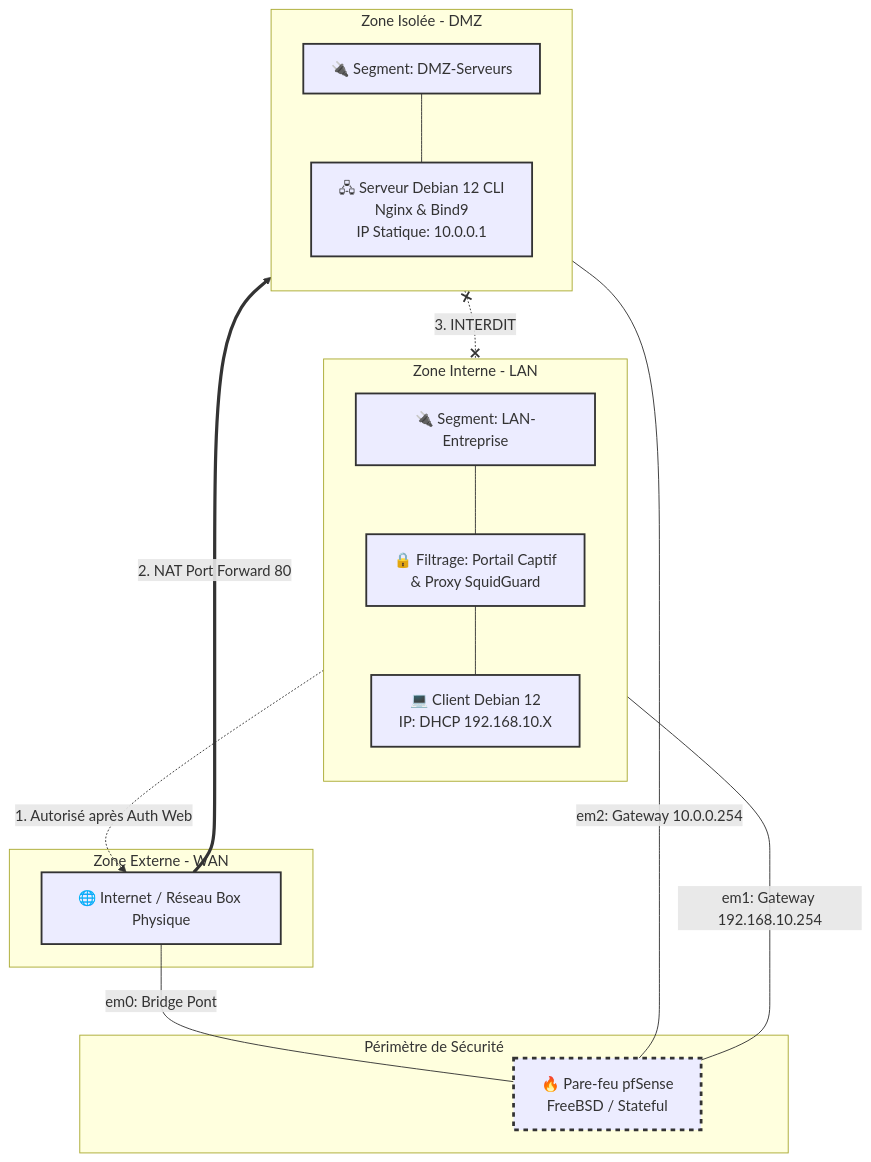
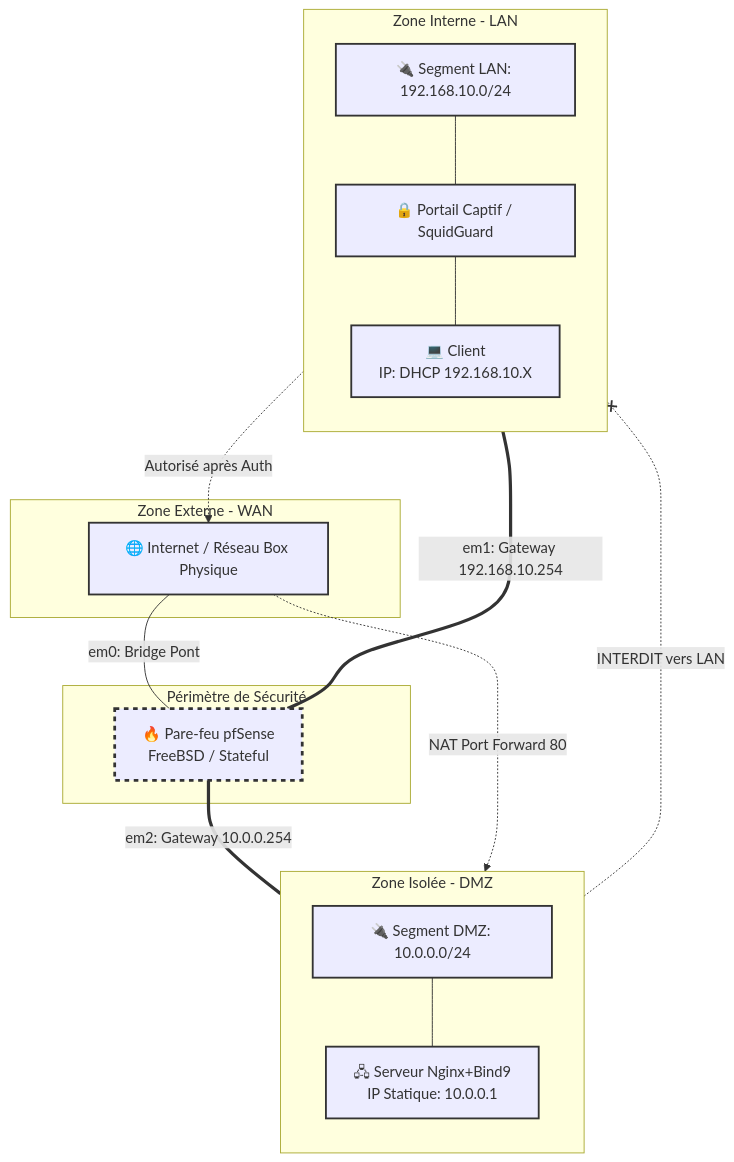
The diagram in tppfsense.md (syltux/ti_pfSense), drawn with Mermaid before and after one commit.

Commit message:
Fix mermaid syntax to flowchart for organized display in github

````diff
--- a/tppfsense.md
+++ b/tppfsense.md
@@ -5,53 +5,53 @@
 ```mermaid
-graph TD
+flowchart TD
     %% Définition du style général
     classDef wan style fill:#f9f,stroke:#333,stroke-width:2px;
     classDef pfsense style fill:#bbf,stroke:#333,stroke-width:3px,stroke-dasharray: 5 5;
     classDef lan style fill:#bfb,stroke:#333,stroke-width:2px;
     classDef dmz style fill:#fbb,stroke:#333,stroke-width:2px;
 
     %% Zone WAN / Internet
     subgraph WAN_ZONE [Zone Externe - WAN]
         Internet[🌐 Internet / Réseau Box Physique]
     end
 
     %% Le Coeur de l'infra : pfSense
     subgraph FIREWALL [Périmètre de Sécurité]
         pfsense[🔥 Pare-feu pfSense <br/> FreeBSD / Stateful]
     end
 
+    %% Zone DMZ Serveurs
+    subgraph DMZ_ZONE [Zone Isolée - DMZ]
+        direction TB
+        vSwitchDMZ[🔌 Segment DMZ: 10.0.0.0/24]
+        ServerDebian[🖧 Serveur Nginx+Bind9 <br/> IP Statique: 10.0.0.1]
+    end
+
     %% Zone LAN Entreprise
     subgraph LAN_ZONE [Zone Interne - LAN]
         direction TB
-        vSwitchLAN[🔌 Segment: LAN-Entreprise]
-        ClientDebian[💻 Client Debian 12 <br/> IP: DHCP 192.168.10.X]
-        PortailCaptif[🔒 Filtrage: Portail Captif <br/> & Proxy SquidGuard]
+        vSwitchLAN[🔌 Segment LAN: 192.168.10.0/24]
+        Filtres[🔒 Portail Captif / SquidGuard]
+        ClientDebian[💻 Client <br/> IP: DHCP 192.168.10.X]
     end
 
-    %% Zone DMZ Serveurs
-    subgraph DMZ_ZONE [Zone Isolée - DMZ]
-        direction TB
-        vSwitchDMZ[🔌 Segment: DMZ-Serveurs]
-        ServerDebian[🖧 Serveur Debian 12 CLI <br/> Nginx & Bind9 <br/> IP Statique: 10.0.0.1]
-    end
-
-    %% Interconnexions et Flux Network
+    %% Liens Physiques (Câblage)
     Internet --- |em0: Bridge Pont| pfsense
-    pfsense --- |em1: Gateway 192.168.10.254| vSwitchLAN
-    vSwitchLAN --- PortailCaptif
-    PortailCaptif --- ClientDebian
+    pfsense === |em1: Gateway 192.168.10.254| vSwitchLAN
+    pfsense === |em2: Gateway 10.0.0.254| vSwitchDMZ
     
-    pfsense --- |em2: Gateway 10.0.0.254| vSwitchDMZ
+    vSwitchLAN --- Filtres
+    Filtres --- ClientDebian
     vSwitchDMZ --- ServerDebian
 
     %% Liens logiques de sécurité (ACLs)
-    ClientDebian -.->|1. Autorisé après Auth Web| Internet
-    Internet ==>|2. NAT Port Forward 80| ServerDebian
-    ServerDebian x-.-x|3. INTERDIT| LAN_ZONE
+    Internet -.->|NAT Port Forward 80| ServerDebian
+    ClientDebian -.->|Autorisé après Auth| Internet
+    ServerDebian -.-x|INTERDIT vers LAN| LAN_ZONE
 
     %% Application des styles
     class Internet wan;
     class pfsense pfsense;
-    class vSwitchLAN,ClientDebian,PortailCaptif lan;
+    class vSwitchLAN,ClientDebian,Filtres lan;
     class vSwitchDMZ,ServerDebian dmz;
 ```
````
